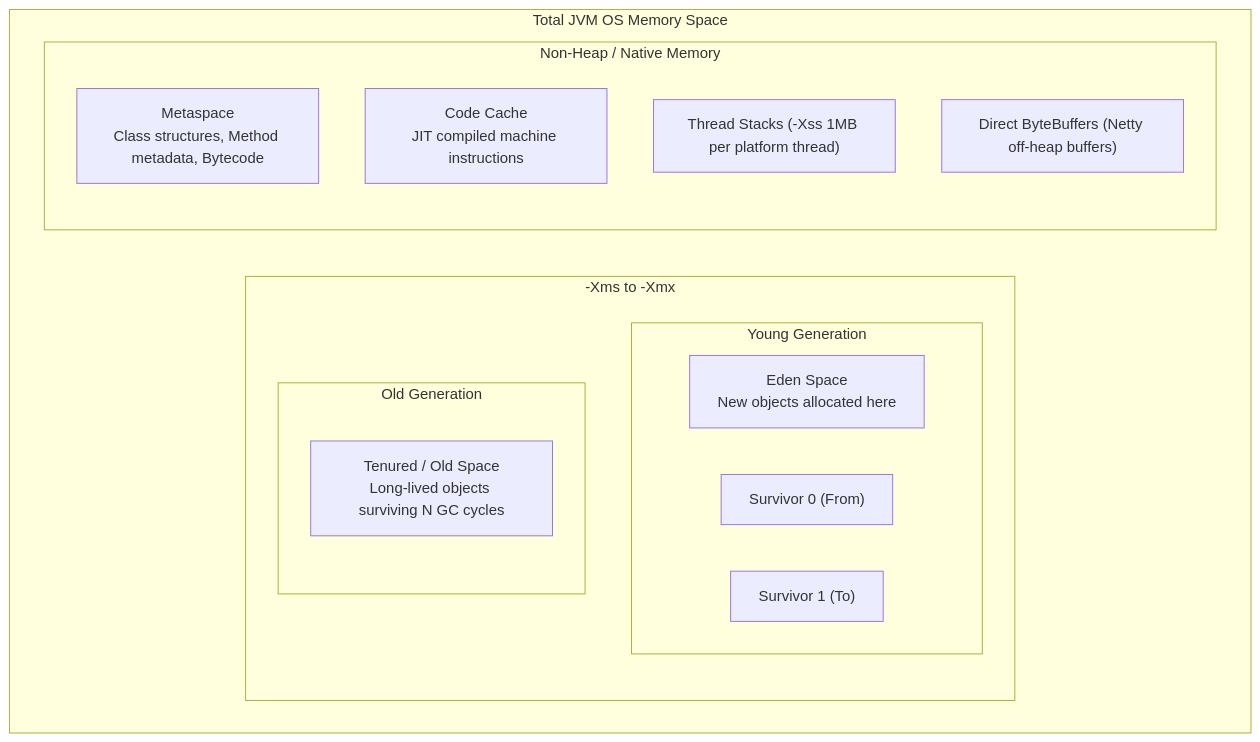
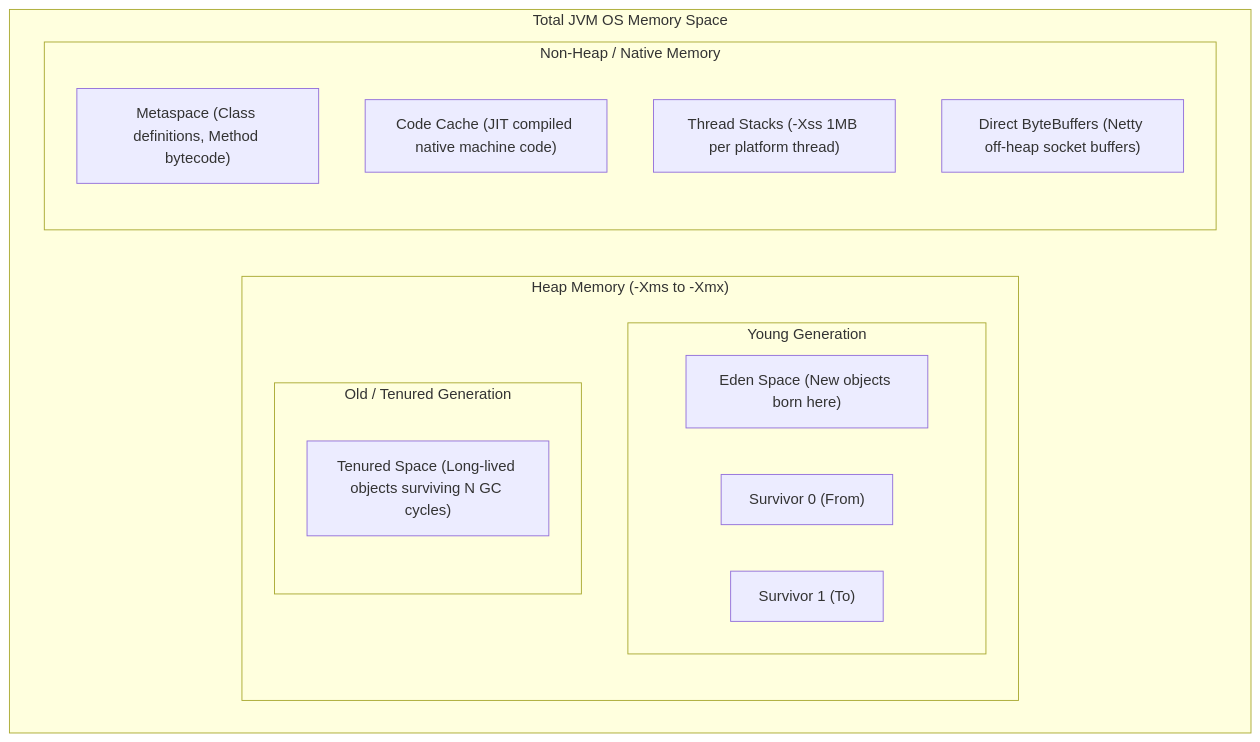
Before and after one commit to weaponxwolf/backend-engineering-mastry: the eighth of 8 diagrams in docs/java/concurrency-jvm.mdx, drawn with Mermaid. The commit also changed other lines of this file and 14 other files, not shown here.

Commit message:
docs: refactor and expand JPA and Hibernate architecture guide with physical memory and performance insights

````diff
--- a/docs/java/concurrency-jvm.mdx
+++ b/docs/java/concurrency-jvm.mdx
@@ -266,21 +327,21 @@
 ```mermaid
 graph TD
-    subgraph Total JVM OS Memory Space
-        subgraph Heap Memory [-Xms to -Xmx]
-            subgraph Young Generation
-                Eden["Eden Space<br/>New objects allocated here"]
+    subgraph TotalJVMMemory ["Total JVM OS Memory Space"]
+        subgraph HeapMemory ["Heap Memory (-Xms to -Xmx)"]
+            subgraph YoungGen ["Young Generation"]
+                Eden["Eden Space (New objects born here)"]
                 S0["Survivor 0 (From)"]
                 S1["Survivor 1 (To)"]
             end
-            subgraph Old Generation
-                Tenured["Tenured / Old Space<br/>Long-lived objects surviving N GC cycles"]
+            subgraph OldGen ["Old / Tenured Generation"]
+                Tenured["Tenured Space (Long-lived objects surviving N GC cycles)"]
             end
         end
-        subgraph Non-Heap / Native Memory
-            Metaspace["Metaspace<br/>Class structures, Method metadata, Bytecode"]
-            CodeCache["Code Cache<br/>JIT compiled machine instructions"]
-            ThreadStacks["Thread Stacks (-Xss 1MB per platform thread)"]
-            DirectBuffer["Direct ByteBuffers (Netty off-heap buffers)"]
+        subgraph NativeMemory ["Non-Heap / Native Memory"]
+            Metaspace["Metaspace (Class definitions, Method bytecode)"]
+            CodeCache["Code Cache (JIT compiled native machine code)"]
+            Stacks["Thread Stacks (-Xss 1MB per platform thread)"]
+            Direct["Direct ByteBuffers (Netty off-heap socket buffers)"]
         end
     end
 ```
````
